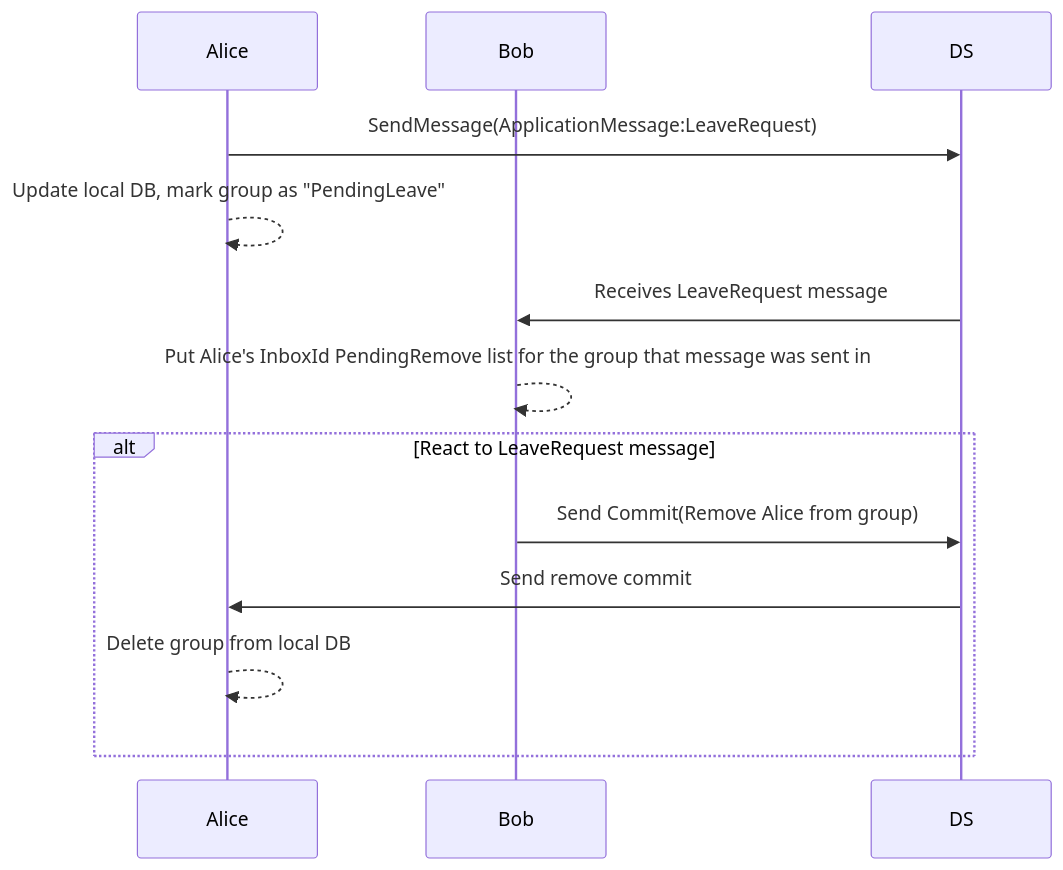
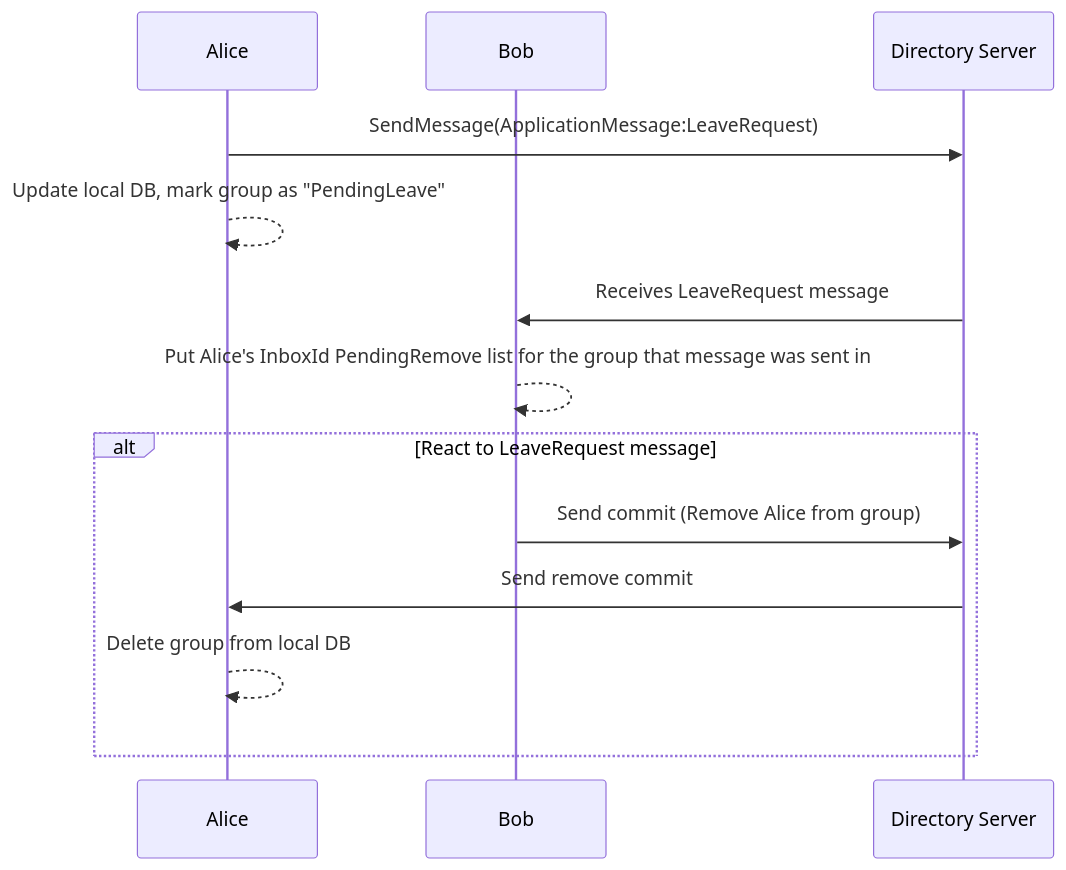
One commit to xmtp/XIPs changed the first of 6 diagrams in xip-XX-self-removal.md. Above: the diagram before and after it, drawn with Mermaid. The commit also changed other lines of this file, not shown here.

````diff
--- a/xip-XX-self-removal.md
+++ b/xip-XX-self-removal.md
@@ -58,17 +57,17 @@
 ```mermaid
 sequenceDiagram
     participant Alice
     participant Bob
-    participant DS
+    participant DS as Directory Server
 
     Alice->>DS: SendMessage(ApplicationMessage:LeaveRequest)
     Alice-->>Alice: Update local DB, mark group as "PendingLeave"
     DS->>Bob: Receives LeaveRequest message
 
     Bob-->>Bob: Put Alice's InboxId PendingRemove list for the group that message was sent in
     alt React to LeaveRequest message
-        Bob->>DS: Send Commit(Remove Alice from group)
+        Bob->>DS: Send commit (Remove Alice from group)
         DS->>Alice: Send remove commit
         Alice-->>Alice: Delete group from local DB
     end
 ```
````
